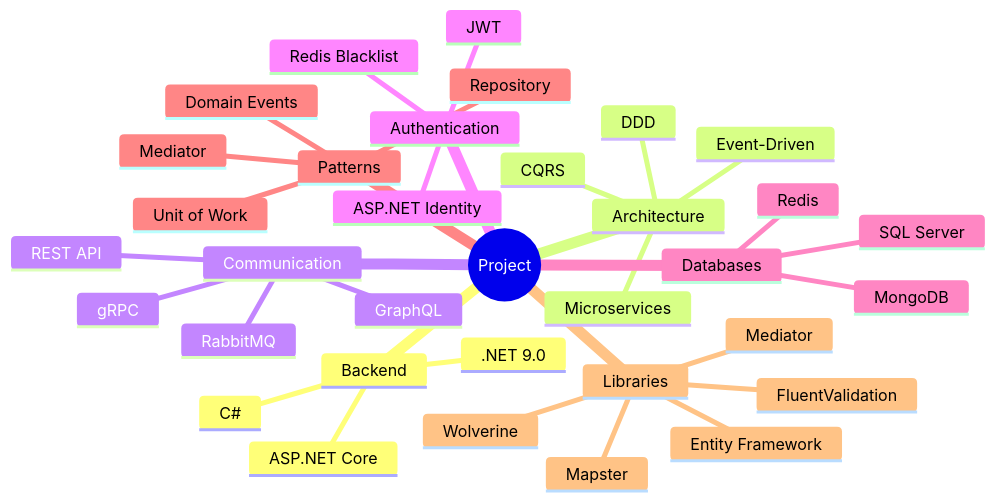
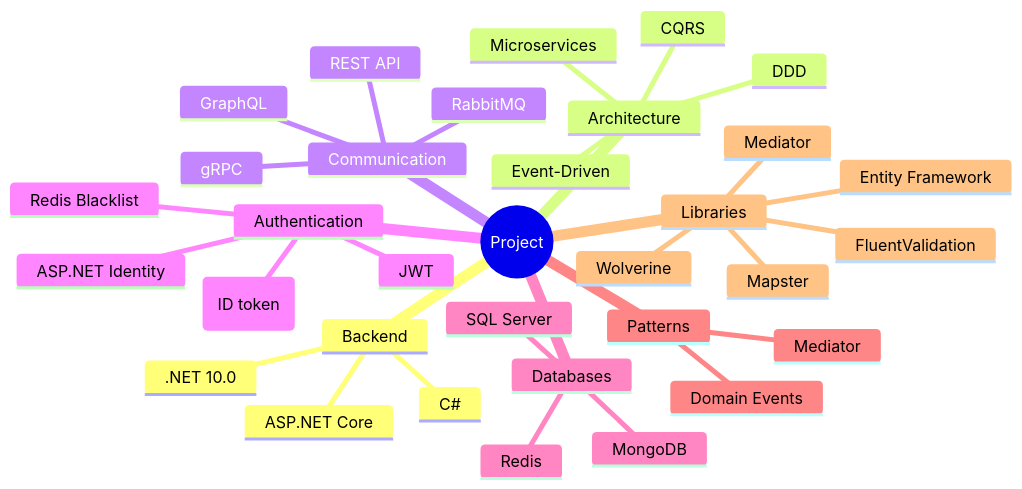
One commit to gndev-vn/DDDSample changed the eighth of 9 diagrams in docs/architecture.md. Above: the diagram before and after it, drawn with Mermaid. The commit also changed other lines of this file and 73 other files, not shown here.

````diff
--- a/docs/architecture.md
+++ b/docs/architecture.md
@@ -282,37 +304,36 @@
 ```mermaid
 mindmap
   root((Project))
     Backend
-      .NET 9.0
+      .NET 10.0
       ASP.NET Core
       C#
     Architecture
       Microservices
       CQRS
       DDD
       Event-Driven
     Communication
       REST API
       gRPC
       GraphQL
       RabbitMQ
     Authentication
       JWT
       ASP.NET Identity
       Redis Blacklist
+      Google OAuth (ID token)
     Databases
       SQL Server
       MongoDB
       Redis
     Patterns
       Mediator
-      Repository
-      Unit of Work
       Domain Events
     Libraries
       Mediator
       FluentValidation
       Wolverine
       Mapster
       Entity Framework
 ```
````
